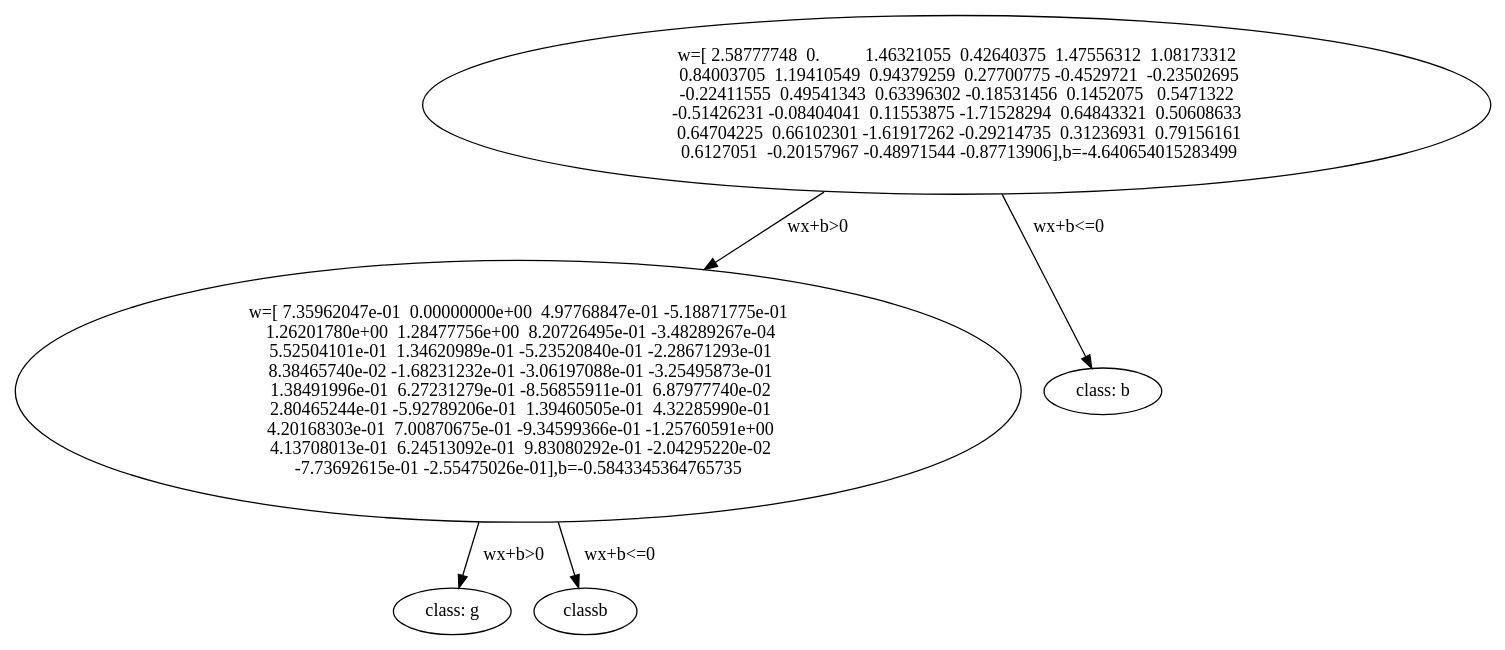
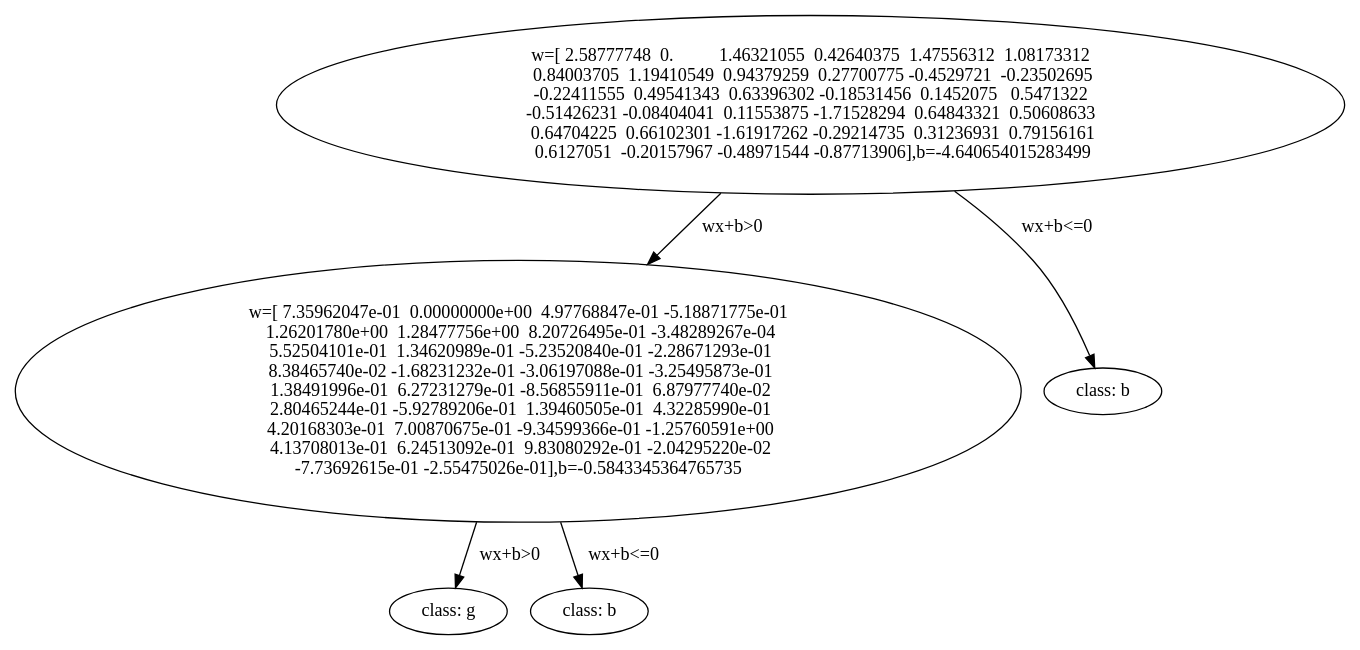
The diagram in decision_tree/submit/image/multivariate-normal-ionosphere.gv (11D-Beyonder/Machine-Learning-Coursework), drawn with Graphviz before and after one commit. The commit also changed 111 other files, not shown here.

```diff
--- a/decision_tree/submit/image/multivariate-normal-ionosphere.gv
+++ b/decision_tree/submit/image/multivariate-normal-ionosphere.gv
@@ -1,24 +1,24 @@
 digraph {
 	1 [label="w=[ 2.58777748  0.          1.46321055  0.42640375  1.47556312  1.08173312
   0.84003705  1.19410549  0.94379259  0.27700775 -0.4529721  -0.23502695
  -0.22411555  0.49541343  0.63396302 -0.18531456  0.1452075   0.5471322
  -0.51426231 -0.08404041  0.11553875 -1.71528294  0.64843321  0.50608633
   0.64704225  0.66102301 -1.61917262 -0.29214735  0.31236931  0.79156161
   0.6127051  -0.20157967 -0.48971544 -0.87713906],b=-4.640654015283499"]
 	1 -> 2 [label="wx+b>0"]
 	2 [label="w=[ 7.35962047e-01  0.00000000e+00  4.97768847e-01 -5.18871775e-01
   1.26201780e+00  1.28477756e+00  8.20726495e-01 -3.48289267e-04
   5.52504101e-01  1.34620989e-01 -5.23520840e-01 -2.28671293e-01
   8.38465740e-02 -1.68231232e-01 -3.06197088e-01 -3.25495873e-01
   1.38491996e-01  6.27231279e-01 -8.56855911e-01  6.87977740e-02
   2.80465244e-01 -5.92789206e-01  1.39460505e-01  4.32285990e-01
   4.20168303e-01  7.00870675e-01 -9.34599366e-01 -1.25760591e+00
   4.13708013e-01  6.24513092e-01  9.83080292e-01 -2.04295220e-02
  -7.73692615e-01 -2.55475026e-01],b=-0.5843345364765735"]
 	2 -> 4 [label="wx+b>0"]
 	4 [label="class: g"]
 	2 -> 5 [label="wx+b<=0"]
-	5 [label=classb]
+	5 [label="class: b"]
 	1 -> 3 [label="wx+b<=0"]
 	3 [label="class: b"]
 }
```
